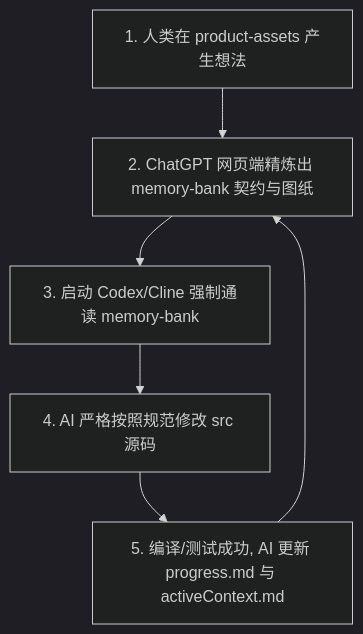
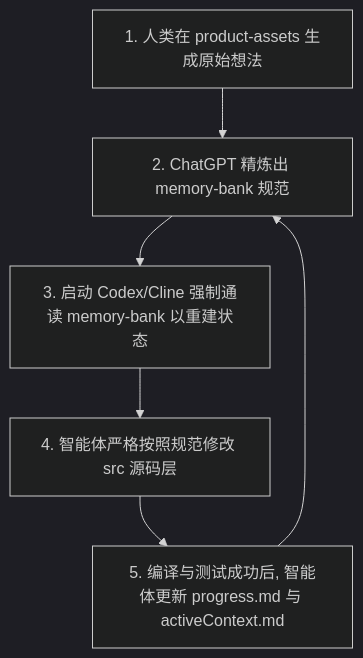
The diagram in README.md (soyona/spec-driven-solo), drawn with Mermaid (dark theme) before and after one commit. The commit also changed other lines of this file, not shown here.

````diff
--- a/README.md
+++ b/README.md
@@ -77,9 +78,9 @@
 ```mermaid
 graph TD
-    A[1. 人类在 product-assets 产生想法] --> B[2. ChatGPT 网页端精炼出 memory-bank 契约与图纸]
-    B --> C[3. 启动 Codex/Cline 强制通读 memory-bank]
-    C --> D[4. AI 严格按照规范修改 src 源码]
-    D --> E[5. 编译/测试成功, AI 更新 progress.md 与 activeContext.md]
+    A[1. 人类在 product-assets 生成原始想法] --> B[2. ChatGPT 精炼出 memory-bank 规范]
+    B --> C[3. 启动 Codex/Cline 强制通读 memory-bank 以重建状态]
+    C --> D[4. 智能体严格按照规范修改 src 源码层]
+    D --> E[5. 编译与测试成功后, 智能体更新 progress.md 与 activeContext.md]
     E --> B
 
 ```
````
